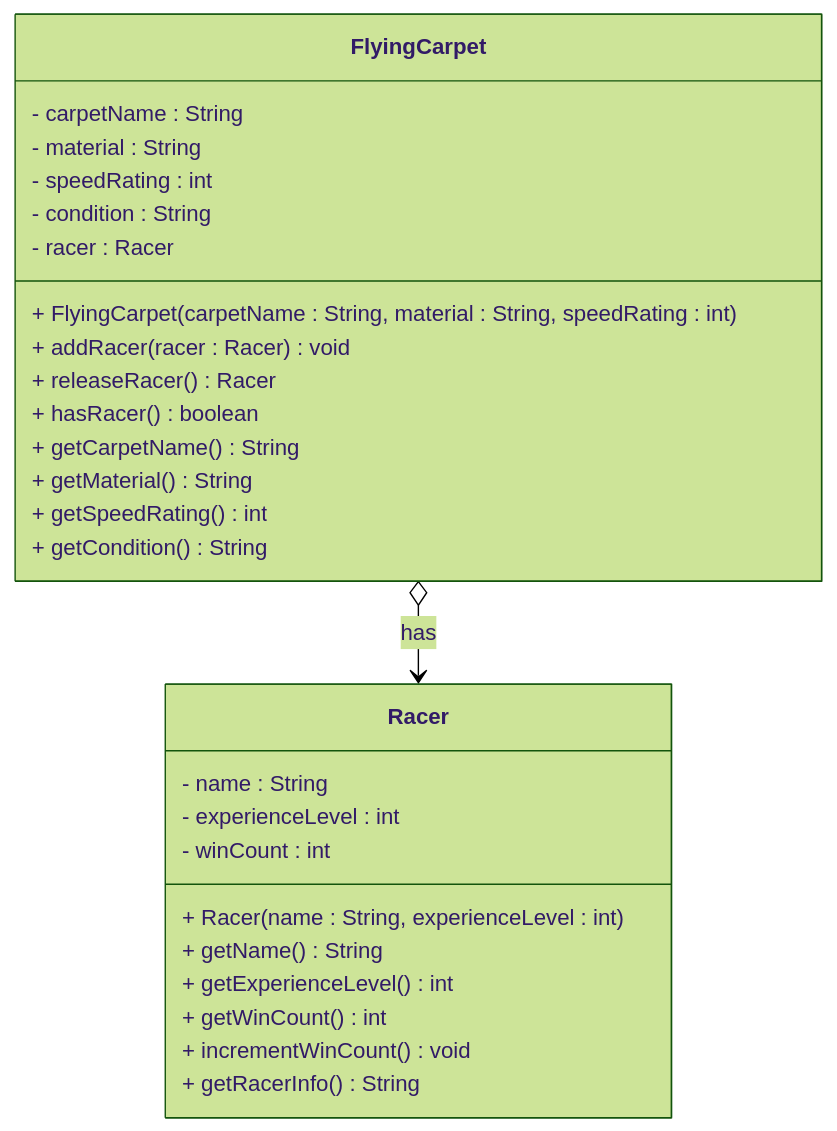
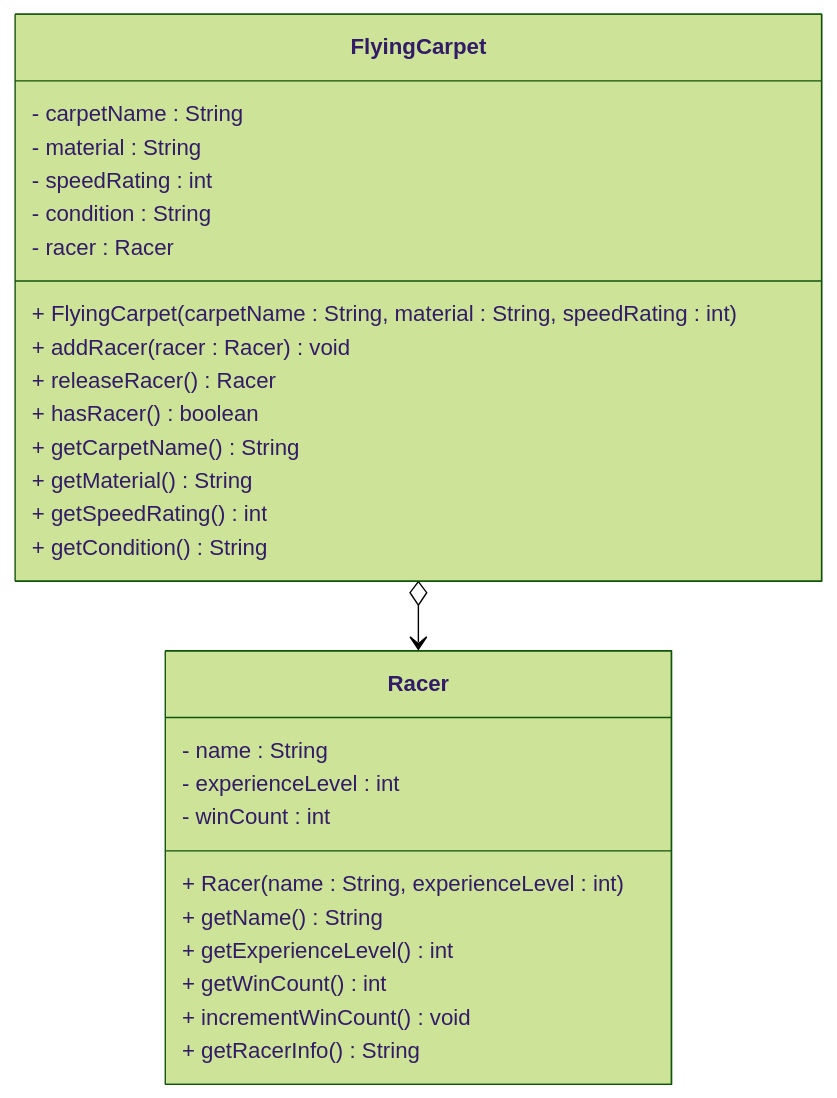
One commit to TroelsMortensen/Codelabs2 changed the first of 2 diagrams in Articles/Session 11 - Relationships intro/015 Exercise 4 - Flying carpets.md. Above: the diagram before and after it, drawn with Mermaid (forest theme). The commit also changed other lines of this file and 3 other files, not shown here.

````diff
--- a/Articles/Session 11 - Relationships intro/015 Exercise 4 - Flying carpets.md
+++ b/Articles/Session 11 - Relationships intro/015 Exercise 4 - Flying carpets.md
@@ -23,32 +23,32 @@
 ```mermaid
 classDiagram
     class FlyingCarpet {
         - carpetName : String
         - material : String
         - speedRating : int
         - condition : String
         - racer : Racer
         + FlyingCarpet(carpetName : String, material : String, speedRating : int)
         + addRacer(racer : Racer) void
         + releaseRacer() Racer
         + hasRacer() boolean
         + getCarpetName() String
         + getMaterial() String
         + getSpeedRating() int
         + getCondition() String
     }
     
     class Racer {
         - name : String
         - experienceLevel : int
         - winCount : int
         + Racer(name : String, experienceLevel : int)
         + getName() String
         + getExperienceLevel() int
         + getWinCount() int
         + incrementWinCount() void
         + getRacerInfo() String
     }
     
-    FlyingCarpet o--> Racer : has
+    FlyingCarpet o--> Racer 
 ```
````
